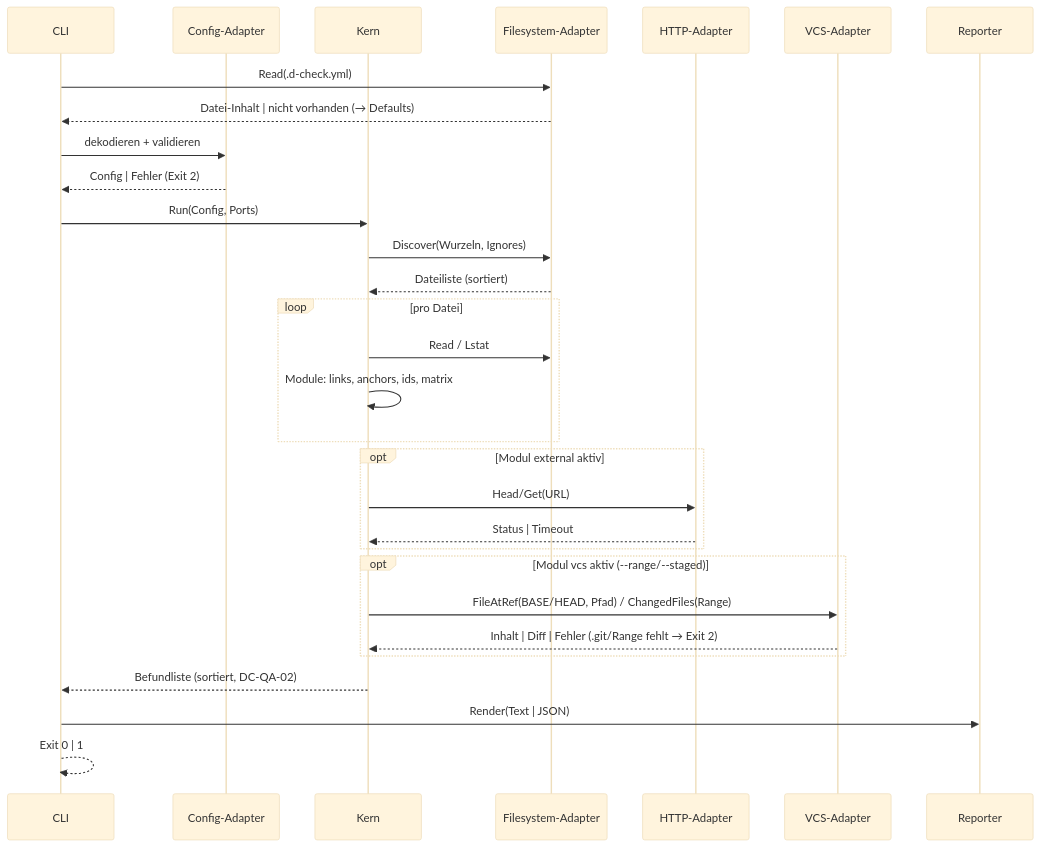
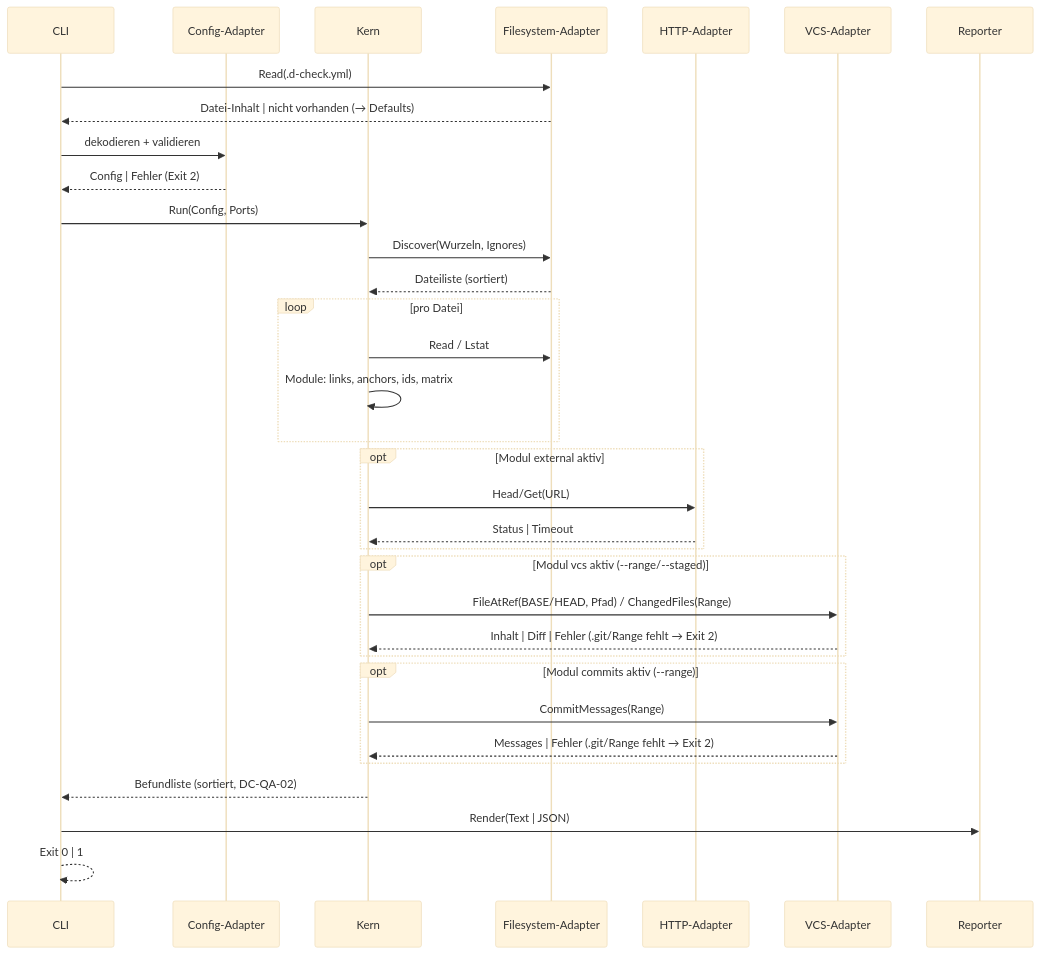
One commit to pt9912/d-check changed the second of 2 diagrams in spec/architecture.md. Above: the diagram before and after it, drawn with Mermaid (base theme). The commit also changed other lines of this file and 29 other files, not shown here.

First line of the commit message:
feat(commits): Modul commits — Traceability-Kennung in Commit-Messages via VCS-Port (slice-056, DC-FA-COMMITS-001, ADR-0027)

````diff
--- a/spec/architecture.md
+++ b/spec/architecture.md
@@ -81,33 +81,37 @@
 ```mermaid
 sequenceDiagram
     participant CLI
     participant CFG as Config-Adapter
     participant CORE as Kern
     participant FS as Filesystem-Adapter
     participant HTTP as HTTP-Adapter
     participant VCS as VCS-Adapter
     participant REP as Reporter
 
     CLI->>FS: Read(.d-check.yml)
     FS-->>CLI: Datei-Inhalt | nicht vorhanden (→ Defaults)
     CLI->>CFG: dekodieren + validieren
     CFG-->>CLI: Config | Fehler (Exit 2)
     CLI->>CORE: Run(Config, Ports)
     CORE->>FS: Discover(Wurzeln, Ignores)
     FS-->>CORE: Dateiliste (sortiert)
     loop pro Datei
         CORE->>FS: Read / Lstat
         CORE->>CORE: Module: links, anchors, ids, matrix
     end
     opt Modul external aktiv
         CORE->>HTTP: Head/Get(URL)
         HTTP-->>CORE: Status | Timeout
     end
     opt Modul vcs aktiv (--range/--staged)
         CORE->>VCS: FileAtRef(BASE/HEAD, Pfad) / ChangedFiles(Range)
         VCS-->>CORE: Inhalt | Diff | Fehler (.git/Range fehlt → Exit 2)
     end
+    opt Modul commits aktiv (--range)
+        CORE->>VCS: CommitMessages(Range)
+        VCS-->>CORE: Messages | Fehler (.git/Range fehlt → Exit 2)
+    end
     CORE-->>CLI: Befundliste (sortiert, DC-QA-02)
     CLI->>REP: Render(Text | JSON)
     CLI-->>CLI: Exit 0 | 1
 ```
````
